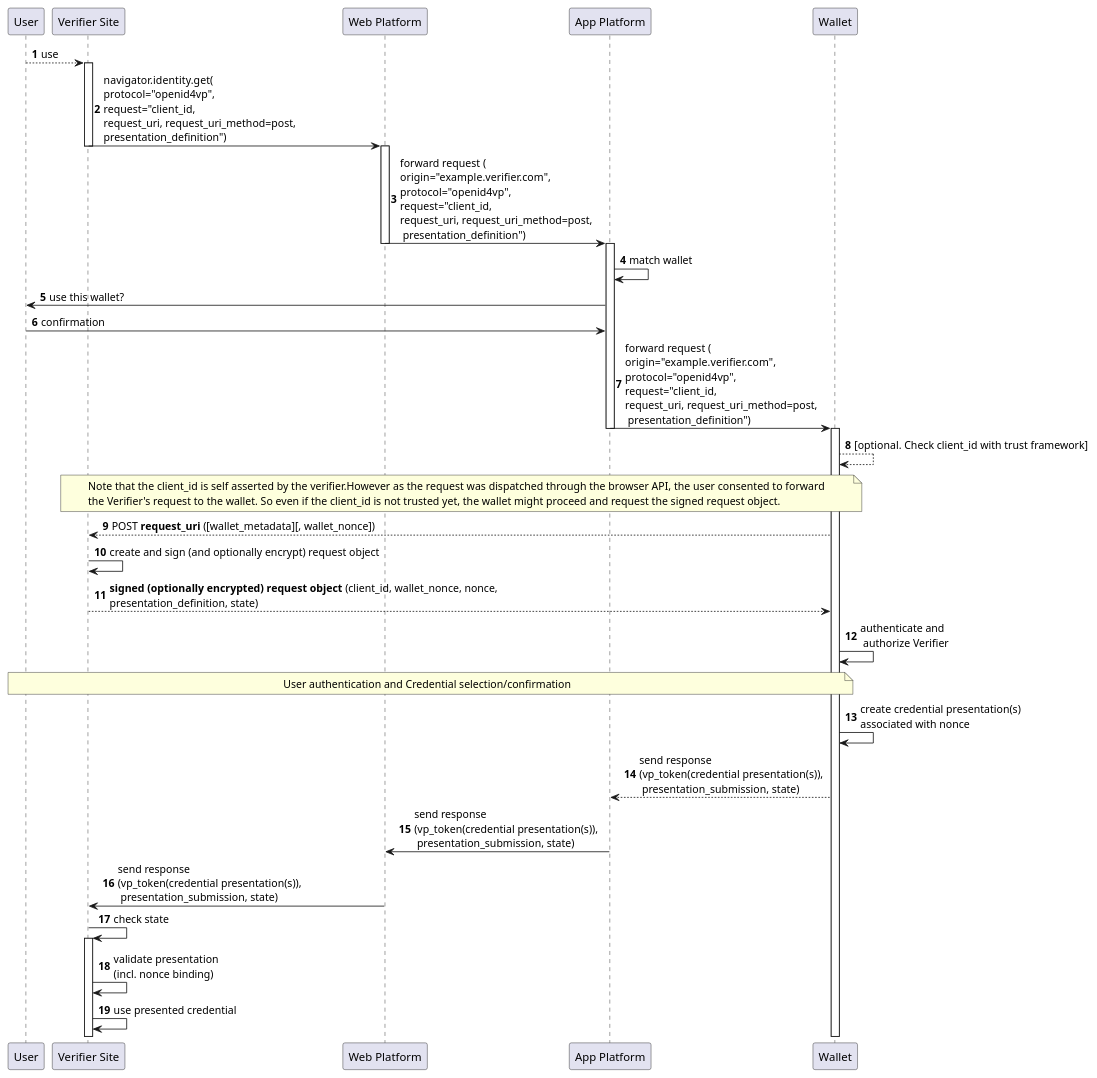
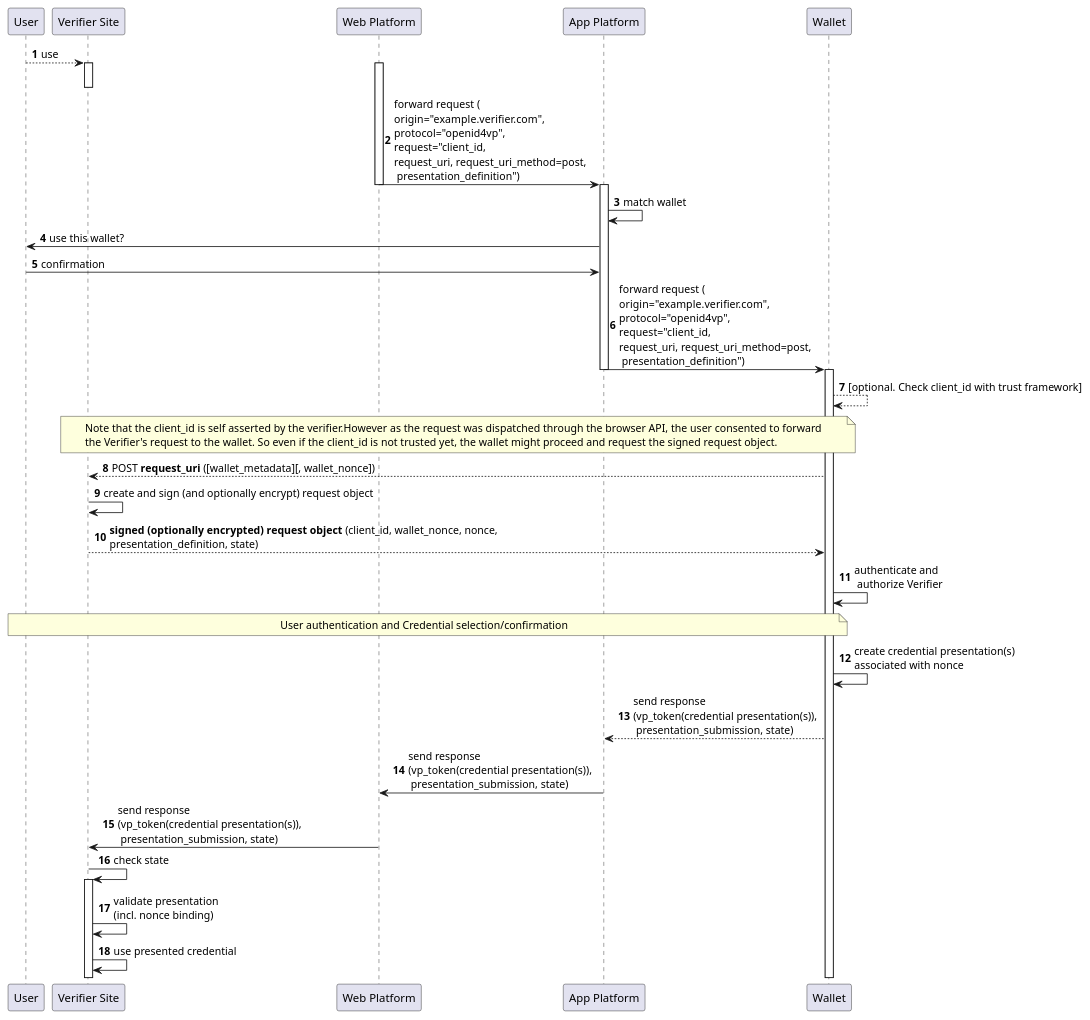
One commit to openid/OpenID4VP changed the diagram in diagrams/request_uri_mode_post_through_browser_api.md. Above: the diagram before and after it, drawn with PlantUML. The commit also changed 2 other files, not shown here.

Commit message:
Remove API usage from diagrams

````diff
--- a/diagrams/request_uri_mode_post_through_browser_api.md
+++ b/diagrams/request_uri_mode_post_through_browser_api.md
@@ -1,57 +1,55 @@
 ```plantuml
 @startuml
 
 autonumber
 
 participant "User" as u
 
 participant "Verifier Site" as r
 
 participant "Web Platform" as wp
 
 participant "App Platform" as ap
 
 participant "Wallet" as w
 
 u --> r : use
 activate r
-
-r -> wp: navigator.identity.get(\nprotocol="openid4vp",\nrequest="client_id, \nrequest_uri, request_uri_method=post, \npresentation_definition")
 
 deactivate r
 activate wp
 
 wp -> ap: forward request (\norigin="example.verifier.com",\nprotocol="openid4vp",\nrequest="client_id, \nrequest_uri, request_uri_method=post,\n presentation_definition")
 deactivate wp
 activate ap
 
 ap -> ap: match wallet
 ap -> u: use this wallet?
 u -> ap: confirmation
 
 ap -> w: forward request (\norigin="example.verifier.com",\nprotocol="openid4vp",\nrequest="client_id, \nrequest_uri, request_uri_method=post,\n presentation_definition")
 deactivate ap
 
 activate w
 w --> w: [optional. Check client_id with trust framework]
 note over r,w
     Note that the client_id is self asserted by the verifier.However as the request was dispatched through the browser API, the user consented to forward 
     the Verifier's request to the wallet. So even if the client_id is not trusted yet, the wallet might proceed and request the signed request object.
 end note
 w --> r: POST **request_uri** ([wallet_metadata][, wallet_nonce])
 r -> r: create and sign (and optionally encrypt) request object 
 r --> w: **signed (optionally encrypted) request object** (client_id, wallet_nonce, nonce, \npresentation_definition, state)
 w -> w: authenticate and\n authorize Verifier
 
 note over u, w: User authentication and Credential selection/confirmation
 
 w -> w: create credential presentation(s) \nassociated with nonce
 w --> ap: send response \n(vp_token(credential presentation(s)),\n presentation_submission, state)
 ap -> wp: send response \n(vp_token(credential presentation(s)),\n presentation_submission, state)
 wp -> r: send response \n(vp_token(credential presentation(s)),\n presentation_submission, state)
 r -> r: check state
 activate r
 r -> r: validate presentation \n(incl. nonce binding)
 r -> r: use presented credential 
 @enduml
 ```
````
